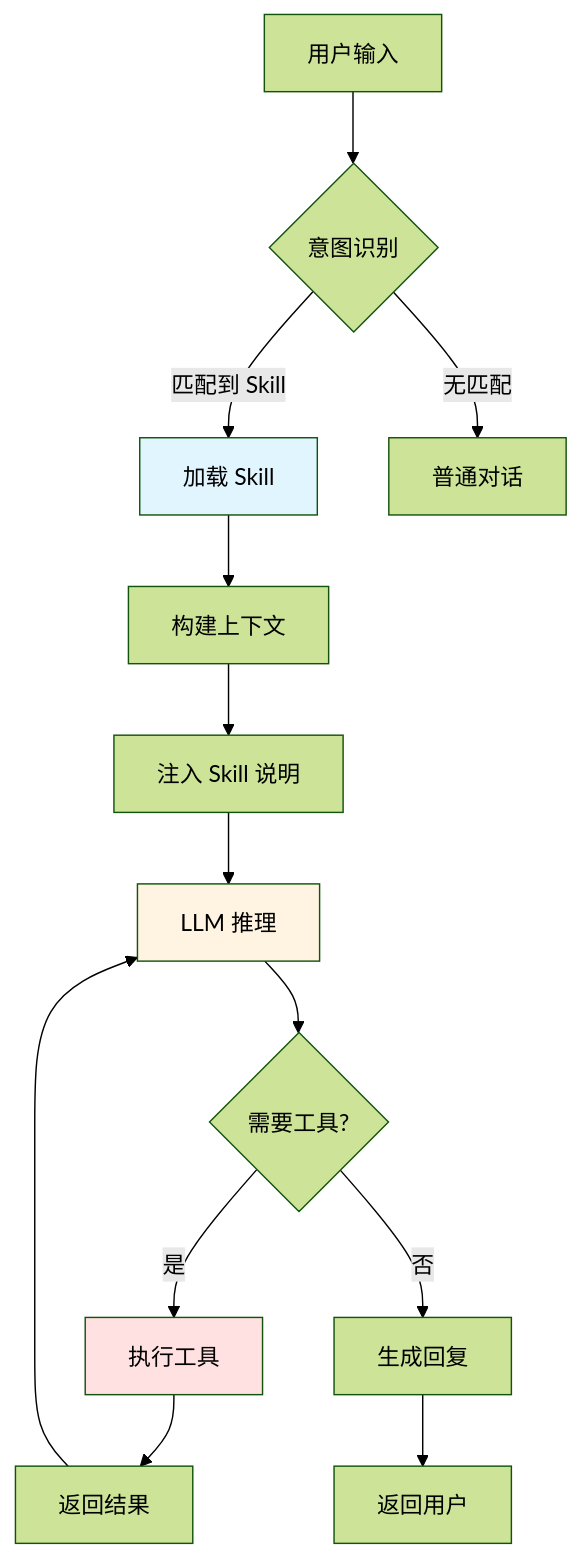
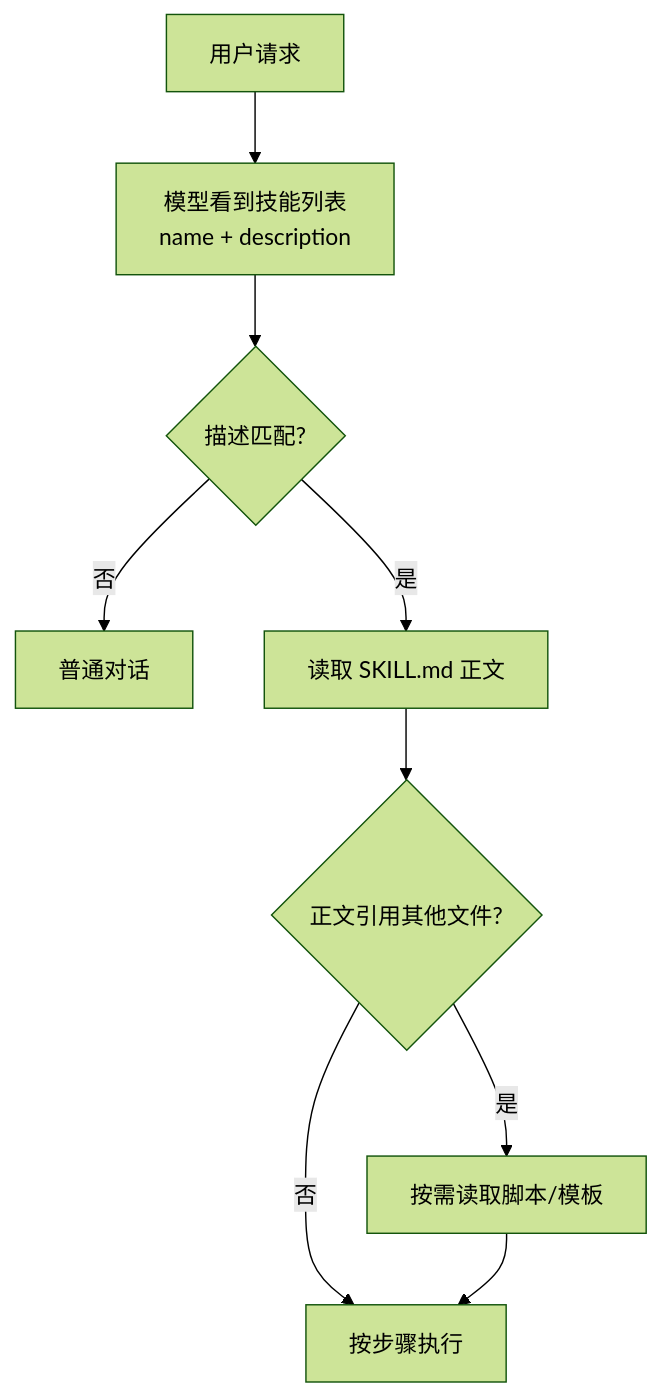
One commit to lixu33/blog changed the diagram in docs/ai/agentSkills.md. Above: the diagram before and after it, drawn with Mermaid (forest theme). The commit also changed other lines of this file and 13 other files, not shown here.

````diff
--- a/docs/ai/agentSkills.md
+++ b/docs/ai/agentSkills.md
@@ -242,23 +74,11 @@
 ```mermaid
-graph TB
-    A[用户输入] --> B{意图识别}
-    B -->|匹配到 Skill| C[加载 Skill]
-    B -->|无匹配| D[普通对话]
-
-    C --> E[构建上下文]
-    E --> F[注入 Skill 说明]
-    F --> G[LLM 推理]
-
-    G --> H{需要工具?}
-    H -->|是| I[执行工具]
-    H -->|否| J[生成回复]
-
-    I --> K[返回结果]
-    K --> G
-
-    J --> L[返回用户]
-
-    style C fill:#e1f5ff
-    style G fill:#fff4e1
-    style I fill:#ffe1e1
+graph TD
+    A[用户请求] --> B[模型看到技能列表<br/>name + description]
+    B --> C{描述匹配?}
+    C -->|否| D[普通对话]
+    C -->|是| E[读取 SKILL.md 正文]
+    E --> F{正文引用其他文件?}
+    F -->|是| G[按需读取脚本/模板]
+    F -->|否| H[按步骤执行]
+    G --> H
 ```
````
